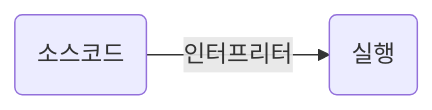
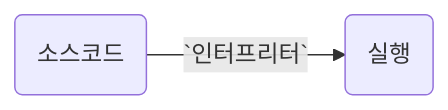
One commit to colinder/colinder.github.io changed the first of 2 diagrams in interpretervscompiler_language/index.md. Above: the diagram before and after it, drawn with Mermaid. The commit also changed other lines of this file and 45 other files, not shown here.

```diff
--- a/interpretervscompiler_language/index.md
+++ b/interpretervscompiler_language/index.md
@@ -30,4 +32,4 @@
   {{< mermaid >}}
   graph LR;
-      A(소스코드) -->|인터프리터| B(실행)
+      A(소스코드) -->|`인터프리터`| B(실행)
   {{< /mermaid >}}
```
